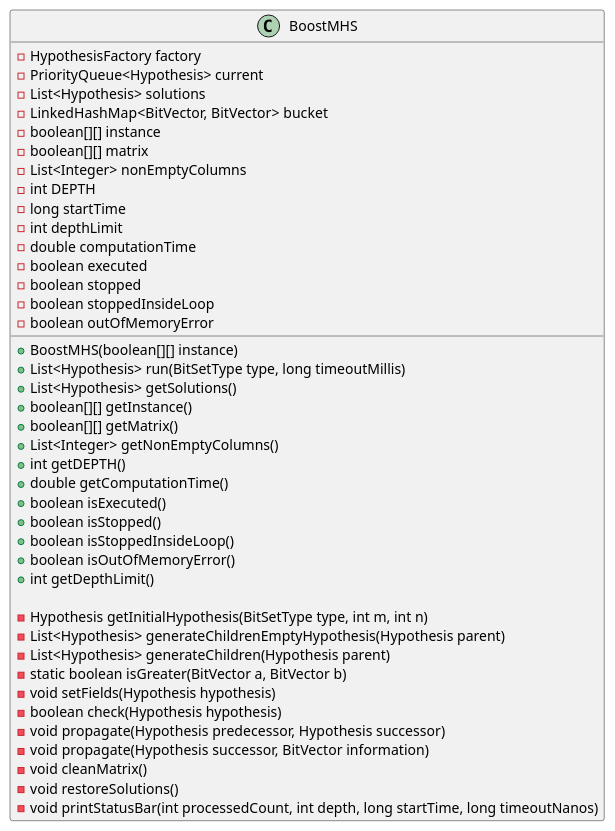
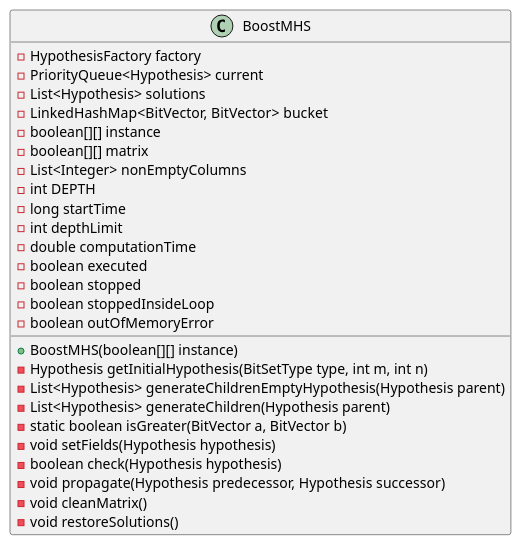
One commit to Kevin-L-Github/asd-project changed the diagram in src/main/plantuml/BoostMHS.puml. Above: the diagram before and after it, drawn with PlantUML. The commit also changed 11 other files, not shown here.

Commit message:
Altri UML

```diff
--- a/src/main/plantuml/BoostMHS.puml
+++ b/src/main/plantuml/BoostMHS.puml
@@ -1,46 +1,31 @@
 @startuml
 
 class BoostMHS {
     - HypothesisFactory factory
     - PriorityQueue<Hypothesis> current
     - List<Hypothesis> solutions
     - LinkedHashMap<BitVector, BitVector> bucket
     - boolean[][] instance
     - boolean[][] matrix
     - List<Integer> nonEmptyColumns
     - int DEPTH
     - long startTime
     - int depthLimit
     - double computationTime
     - boolean executed
     - boolean stopped
     - boolean stoppedInsideLoop
     - boolean outOfMemoryError
 
     + BoostMHS(boolean[][] instance)
-    + List<Hypothesis> run(BitSetType type, long timeoutMillis)
-    + List<Hypothesis> getSolutions()
-    + boolean[][] getInstance()
-    + boolean[][] getMatrix()
-    + List<Integer> getNonEmptyColumns()
-    + int getDEPTH()
-    + double getComputationTime()
-    + boolean isExecuted()
-    + boolean isStopped()
-    + boolean isStoppedInsideLoop()
-    + boolean isOutOfMemoryError()
-    + int getDepthLimit()
-
     - Hypothesis getInitialHypothesis(BitSetType type, int m, int n)
     - List<Hypothesis> generateChildrenEmptyHypothesis(Hypothesis parent)
     - List<Hypothesis> generateChildren(Hypothesis parent)
     - static boolean isGreater(BitVector a, BitVector b)
     - void setFields(Hypothesis hypothesis)
     - boolean check(Hypothesis hypothesis)
     - void propagate(Hypothesis predecessor, Hypothesis successor)
-    - void propagate(Hypothesis successor, BitVector information)
     - void cleanMatrix()
     - void restoreSolutions()
-    - void printStatusBar(int processedCount, int depth, long startTime, long timeoutNanos)
 }
 @enduml
```
